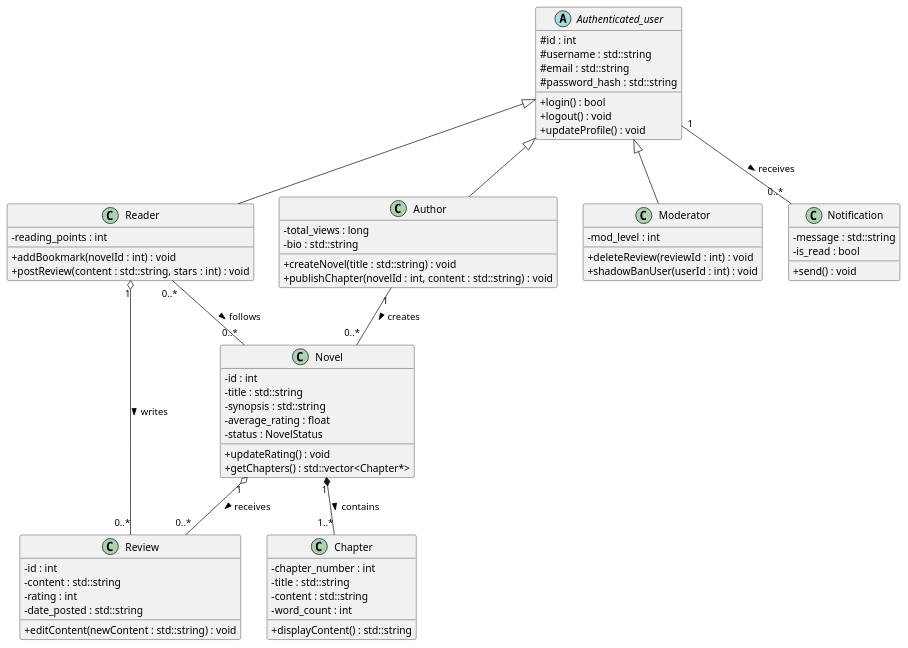
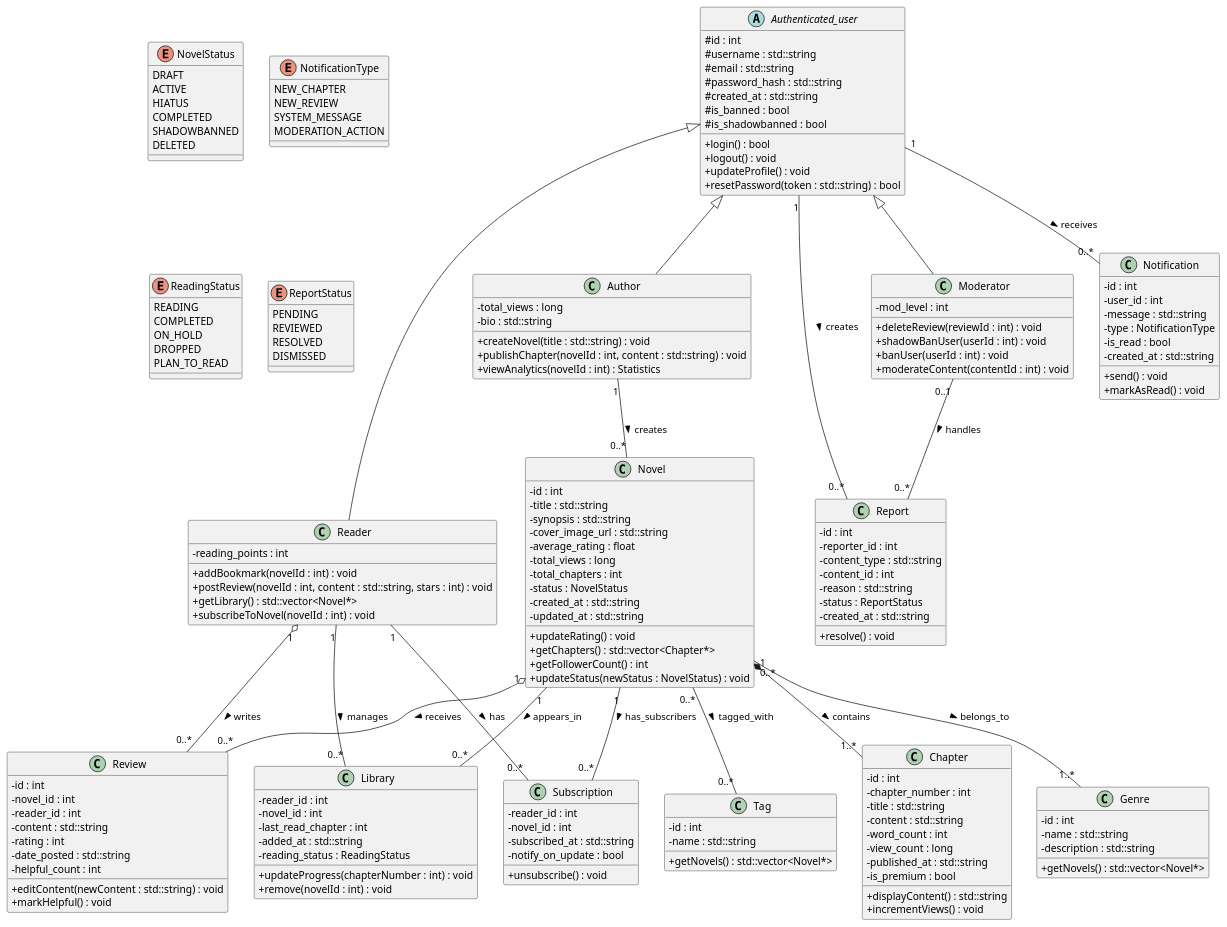
One commit to matthieuzajac/UML_project changed the diagram in src/Class.wsd. Above: the diagram before and after it, drawn with PlantUML. The commit also changed 21 other files, not shown here.

Commit message:
Complete UML documentation for Royal Road clone webnovel platform

```diff
--- a/src/Class.wsd
+++ b/src/Class.wsd
@@ -1,82 +1,192 @@
 @startuml class diagram
 skinparam classAttributeIconSize 0
 
 abstract class Authenticated_user {
     # id : int
     # username : std::string
     # email : std::string
     # password_hash : std::string
+    # created_at : std::string
+    # is_banned : bool
+    # is_shadowbanned : bool
     + login() : bool
     + logout() : void
     + updateProfile() : void
+    + resetPassword(token : std::string) : bool
 }
 
 class Reader {
     - reading_points : int
     + addBookmark(novelId : int) : void
-    + postReview(content : std::string, stars : int) : void
+    + postReview(novelId : int, content : std::string, stars : int) : void
+    + getLibrary() : std::vector<Novel*>
+    + subscribeToNovel(novelId : int) : void
 }
 
 class Author {
     - total_views : long
     - bio : std::string
     + createNovel(title : std::string) : void
     + publishChapter(novelId : int, content : std::string) : void
+    + viewAnalytics(novelId : int) : Statistics
 }
 
 class Moderator {
     - mod_level : int
     + deleteReview(reviewId : int) : void
     + shadowBanUser(userId : int) : void
+    + banUser(userId : int) : void
+    + moderateContent(contentId : int) : void
 }
 
 class Novel {
     - id : int
     - title : std::string
     - synopsis : std::string
+    - cover_image_url : std::string
     - average_rating : float
+    - total_views : long
+    - total_chapters : int
     - status : NovelStatus
+    - created_at : std::string
+    - updated_at : std::string
     + updateRating() : void
     + getChapters() : std::vector<Chapter*>
+    + getFollowerCount() : int
+    + updateStatus(newStatus : NovelStatus) : void
 }
 
 class Chapter {
+    - id : int
     - chapter_number : int
     - title : std::string
     - content : std::string
     - word_count : int
+    - view_count : long
+    - published_at : std::string
+    - is_premium : bool
     + displayContent() : std::string
+    + incrementViews() : void
 }
 
 class Review {
     - id : int
+    - novel_id : int
+    - reader_id : int
     - content : std::string
     - rating : int
     - date_posted : std::string
+    - helpful_count : int
     + editContent(newContent : std::string) : void
+    + markHelpful() : void
 }
 
 class Notification {
+    - id : int
+    - user_id : int
     - message : std::string
+    - type : NotificationType
     - is_read : bool
+    - created_at : std::string
     + send() : void
+    + markAsRead() : void
+}
+
+class Library {
+    - reader_id : int
+    - novel_id : int
+    - last_read_chapter : int
+    - added_at : std::string
+    - reading_status : ReadingStatus
+    + updateProgress(chapterNumber : int) : void
+    + remove(novelId : int) : void
+}
+
+class Subscription {
+    - reader_id : int
+    - novel_id : int
+    - subscribed_at : std::string
+    - notify_on_update : bool
+    + unsubscribe() : void
+}
+
+class Genre {
+    - id : int
+    - name : std::string
+    - description : std::string
+    + getNovels() : std::vector<Novel*>
+}
+
+class Tag {
+    - id : int
+    - name : std::string
+    + getNovels() : std::vector<Novel*>
+}
+
+class Report {
+    - id : int
+    - reporter_id : int
+    - content_type : std::string
+    - content_id : int
+    - reason : std::string
+    - status : ReportStatus
+    - created_at : std::string
+    + resolve() : void
+}
+
+enum NovelStatus {
+    DRAFT
+    ACTIVE
+    HIATUS
+    COMPLETED
+    SHADOWBANNED
+    DELETED
+}
+
+enum NotificationType {
+    NEW_CHAPTER
+    NEW_REVIEW
+    SYSTEM_MESSAGE
+    MODERATION_ACTION
+}
+
+enum ReadingStatus {
+    READING
+    COMPLETED
+    ON_HOLD
+    DROPPED
+    PLAN_TO_READ
+}
+
+enum ReportStatus {
+    PENDING
+    REVIEWED
+    RESOLVED
+    DISMISSED
 }
 
 ' Héritage
 Authenticated_user <|-- Reader
 Authenticated_user <|-- Author
 Authenticated_user <|-- Moderator
 
 ' Composition (Le diamant noir : si le Novel est supprimé, les chapitres le sont aussi)
 Novel "1" *-- "1..*" Chapter : contains >
 
 ' Agrégation (Le diamant blanc : la critique existe grâce au lecteur mais est liée au roman)
 Reader "1" o-- "0..*" Review : writes >
 Novel "1" o-- "0..*" Review : receives >
 
 ' Associations
 Author "1" -- "0..*" Novel : creates >
-Reader "0..*" -- "0..*" Novel : follows >
 Authenticated_user "1" -- "0..*" Notification : receives >
+Reader "1" -- "0..*" Library : manages >
+Novel "1" -- "0..*" Library : appears_in >
+Reader "1" -- "0..*" Subscription : has >
+Novel "1" -- "0..*" Subscription : has_subscribers >
+Novel "0..*" -- "1..*" Genre : belongs_to >
+Novel "0..*" -- "0..*" Tag : tagged_with >
+Authenticated_user "1" -- "0..*" Report : creates >
+Moderator "0..1" -- "0..*" Report : handles >
 
 @enduml
```
